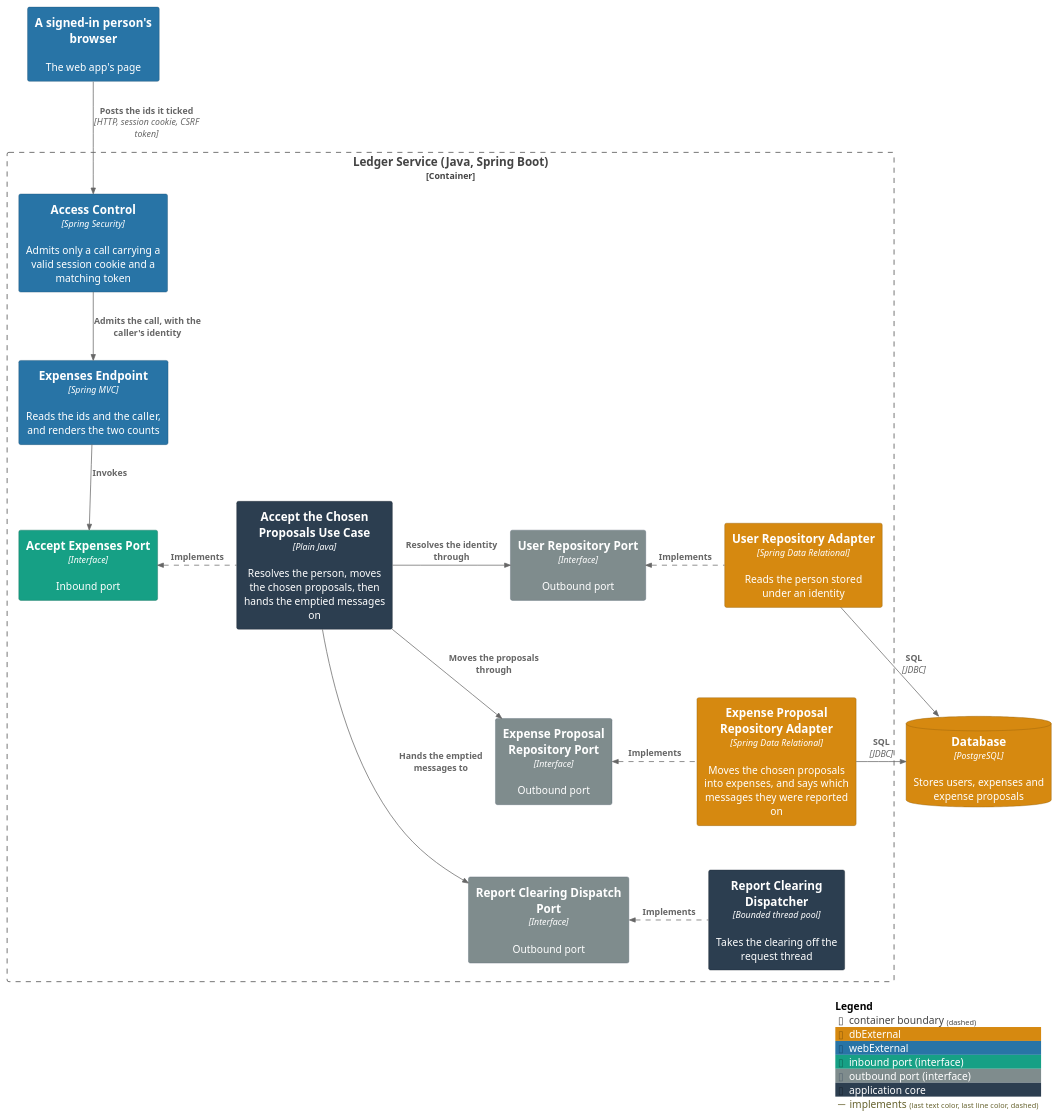
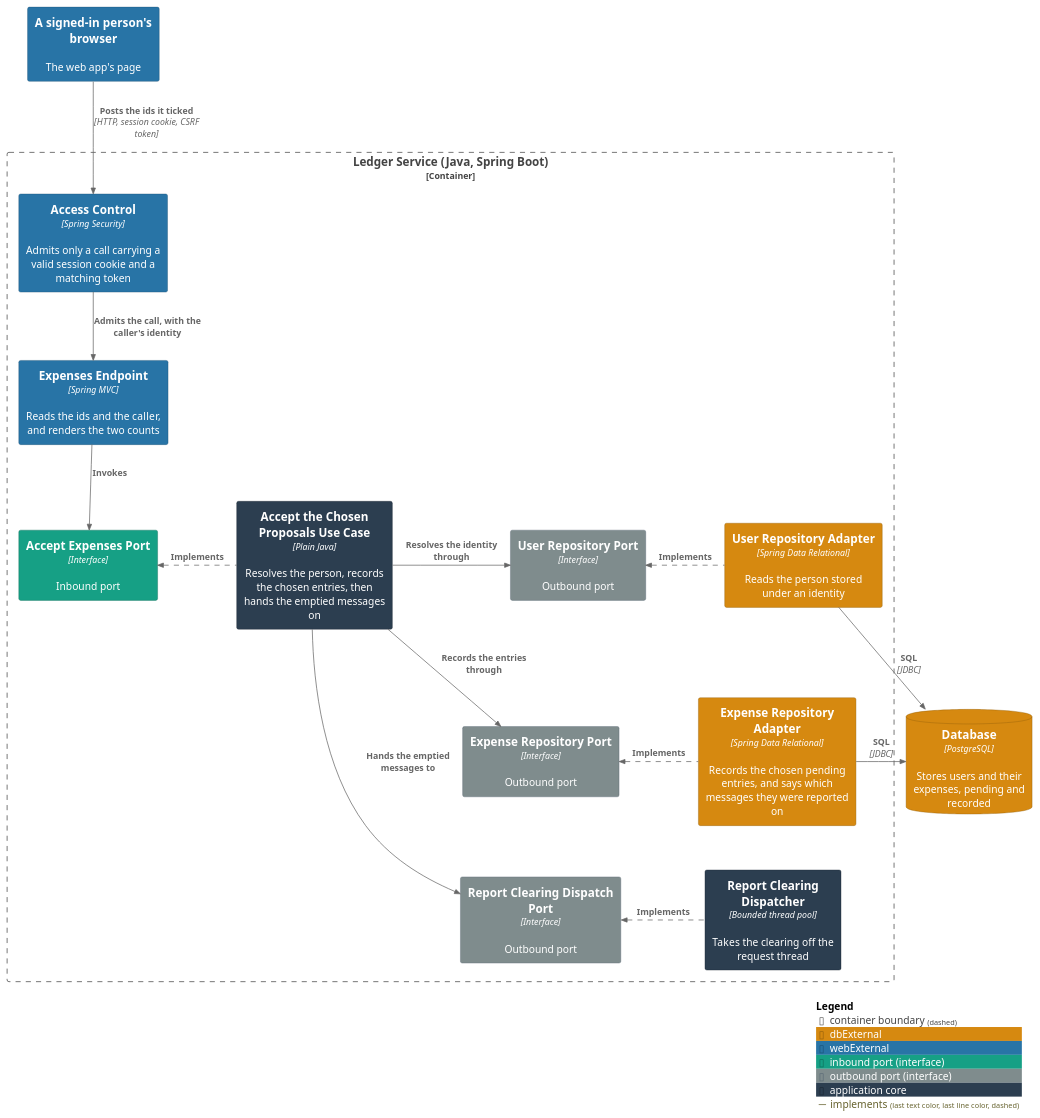
One commit to ds-usova/finance-bot changed the first of 2 diagrams in ledger-service/docs/usecases/accept-chosen-proposals.md. Above: the diagram before and after it, drawn with PlantUML. The commit also changed other lines of this file and 27 other files, not shown here.

````diff
--- a/ledger-service/docs/usecases/accept-chosen-proposals.md
+++ b/ledger-service/docs/usecases/accept-chosen-proposals.md
@@ -47,48 +43,48 @@
 ```plantuml
 @startuml C3-Component-AcceptChosenProposals
 !include <C4/C4_Component>
 
 AddElementTag("dbExternal", $bgColor="#d68910", $fontColor="#ffffff", $borderColor="#8f5c0a")
 AddElementTag("webExternal", $bgColor="#2874a6", $fontColor="#ffffff", $borderColor="#1b4f72")
 AddElementTag("portIn", $bgColor="#16a085", $fontColor="#ffffff", $borderColor="#0e6655", $legendText="inbound port (interface)")
 AddElementTag("portOut", $bgColor="#7f8c8d", $fontColor="#ffffff", $borderColor="#566573", $legendText="outbound port (interface)")
 AddElementTag("core", $bgColor="#2c3e50", $fontColor="#ffffff", $borderColor="#1b2631", $legendText="application core")
 AddRelTag("implements", $lineStyle="dashed")
 
 System_Ext(browser, "A signed-in person's browser", "The web app's page", $tags="webExternal")
-ContainerDb(db, "Database", "PostgreSQL", "Stores users, expenses and expense proposals", $tags="dbExternal")
+ContainerDb(db, "Database", "PostgreSQL", "Stores users and their expenses, pending and recorded", $tags="dbExternal")
 
 Container_Boundary(ledger, "Ledger Service (Java, Spring Boot)") {
   Component(accessControl, "Access Control", "Spring Security", "Admits only a call carrying a valid session cookie and a matching token", $tags="webExternal")
   Component(endpoint, "Expenses Endpoint", "Spring MVC", "Reads the ids and the caller, and renders the two counts", $tags="webExternal")
   Component(acceptPort, "Accept Expenses Port", "Interface", "Inbound port", $tags="portIn")
-  Component(acceptService, "Accept the Chosen Proposals Use Case", "Plain Java", "Resolves the person, moves the chosen proposals, then hands the emptied messages on", $tags="core")
+  Component(acceptService, "Accept the Chosen Proposals Use Case", "Plain Java", "Resolves the person, records the chosen entries, then hands the emptied messages on", $tags="core")
   Component(userRepositoryPort, "User Repository Port", "Interface", "Outbound port", $tags="portOut")
-  Component(proposalRepositoryPort, "Expense Proposal Repository Port", "Interface", "Outbound port", $tags="portOut")
+  Component(expenseRepositoryPort, "Expense Repository Port", "Interface", "Outbound port", $tags="portOut")
   Component(dispatchPort, "Report Clearing Dispatch Port", "Interface", "Outbound port", $tags="portOut")
   Component(userRepositoryAdapter, "User Repository Adapter", "Spring Data Relational", "Reads the person stored under an identity", $tags="dbExternal")
-  Component(proposalRepositoryAdapter, "Expense Proposal Repository Adapter", "Spring Data Relational", "Moves the chosen proposals into expenses, and says which messages they were reported on", $tags="dbExternal")
+  Component(expenseRepositoryAdapter, "Expense Repository Adapter", "Spring Data Relational", "Records the chosen pending entries, and says which messages they were reported on", $tags="dbExternal")
   Component(dispatcher, "Report Clearing Dispatcher", "Bounded thread pool", "Takes the clearing off the request thread", $tags="core")
 }
 
 Rel(browser, accessControl, "Posts the ids it ticked", "HTTP, session cookie, CSRF token")
 Rel_D(accessControl, endpoint, "Admits the call, with the caller's identity")
 Rel_D(endpoint, acceptPort, "Invokes")
 Rel_L(acceptService, acceptPort, "Implements", $tags="implements")
 Rel_R(acceptService, userRepositoryPort, "Resolves the identity through")
-Rel_R(acceptService, proposalRepositoryPort, "Moves the proposals through")
+Rel_R(acceptService, expenseRepositoryPort, "Records the entries through")
 Rel_R(acceptService, dispatchPort, "Hands the emptied messages to")
 Rel_L(userRepositoryAdapter, userRepositoryPort, "Implements", $tags="implements")
-Rel_L(proposalRepositoryAdapter, proposalRepositoryPort, "Implements", $tags="implements")
+Rel_L(expenseRepositoryAdapter, expenseRepositoryPort, "Implements", $tags="implements")
 Rel_L(dispatcher, dispatchPort, "Implements", $tags="implements")
 Rel_R(userRepositoryAdapter, db, "SQL", "JDBC")
-Rel_R(proposalRepositoryAdapter, db, "SQL", "JDBC")
+Rel_R(expenseRepositoryAdapter, db, "SQL", "JDBC")
 
-Lay_D(userRepositoryPort, proposalRepositoryPort)
-Lay_D(proposalRepositoryPort, dispatchPort)
-Lay_D(userRepositoryAdapter, proposalRepositoryAdapter)
-Lay_D(proposalRepositoryAdapter, dispatcher)
+Lay_D(userRepositoryPort, expenseRepositoryPort)
+Lay_D(expenseRepositoryPort, dispatchPort)
+Lay_D(userRepositoryAdapter, expenseRepositoryAdapter)
+Lay_D(expenseRepositoryAdapter, dispatcher)
 
 SHOW_LEGEND()
 @enduml
 ```
````
